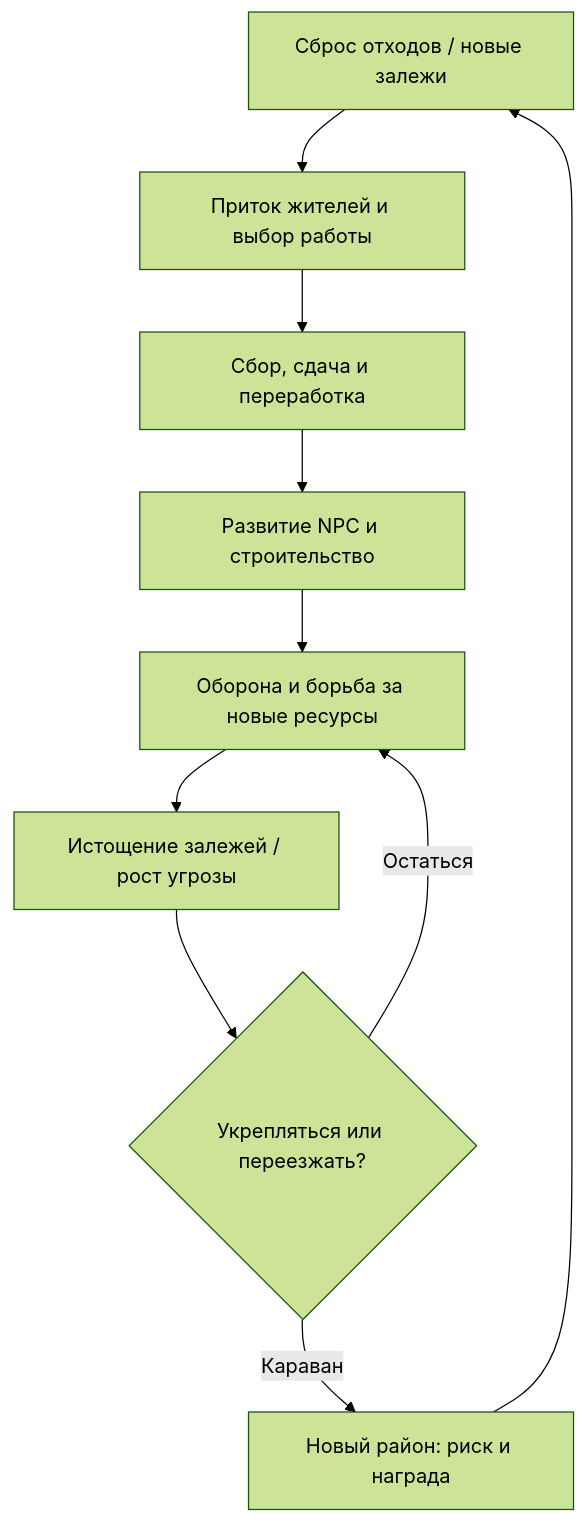
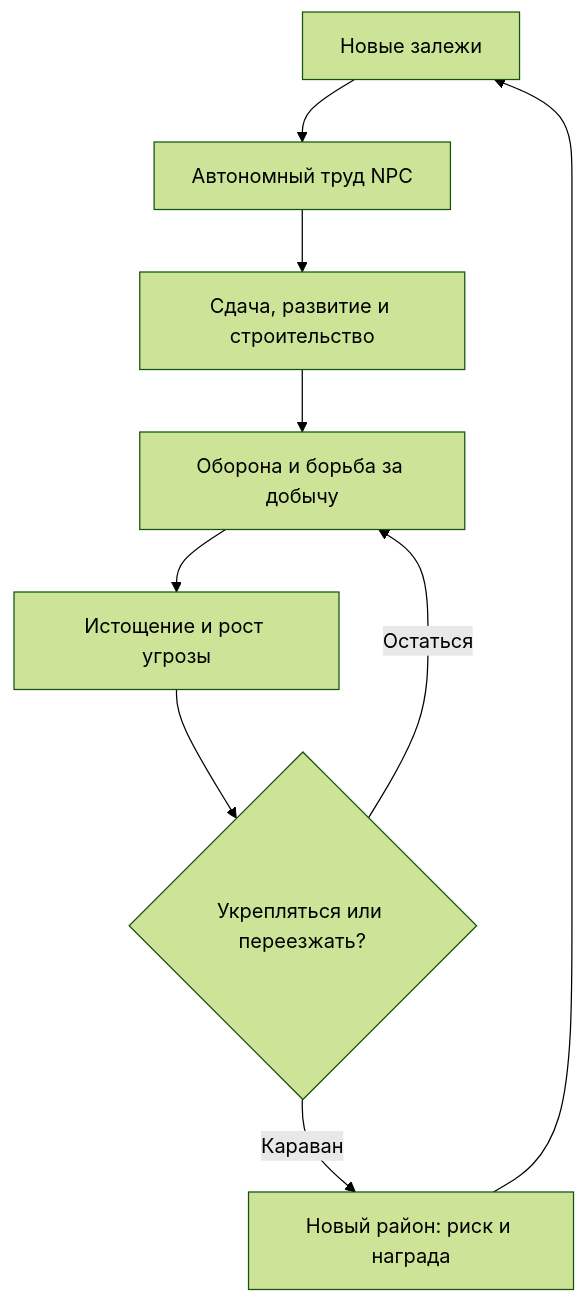
One commit to redbull101020/SCRAP-NATION changed the diagram in README.md. Above: the diagram before and after it, drawn with Mermaid (forest theme). The commit also changed other lines of this file and 10 other files, not shown here.

First line of the commit message:
docs: revise architecture and stage the MVP (v0.2)

````diff
--- a/README.md
+++ b/README.md
@@ -37,12 +29,11 @@
 ```mermaid
 flowchart TD
-    A["Сброс отходов / новые залежи"] --> B["Приток жителей и выбор работы"]
-    B --> C["Сбор, сдача и переработка"]
-    C --> D["Развитие NPC и строительство"]
-    D --> E["Оборона и борьба за новые ресурсы"]
-    E --> F["Истощение залежей / рост угрозы"]
-    F --> G{"Укрепляться или переезжать?"}
-    G -->|Остаться| E
-    G -->|Караван| H["Новый район: риск и награда"]
-    H --> A
+    A["Новые залежи"] --> B["Автономный труд NPC"]
+    B --> C["Сдача, развитие и строительство"]
+    C --> D["Оборона и борьба за добычу"]
+    D --> E["Истощение и рост угрозы"]
+    E --> F{"Укрепляться или переезжать?"}
+    F -->|Остаться| D
+    F -->|Караван| G["Новый район: риск и награда"]
+    G --> A
 ```
````
